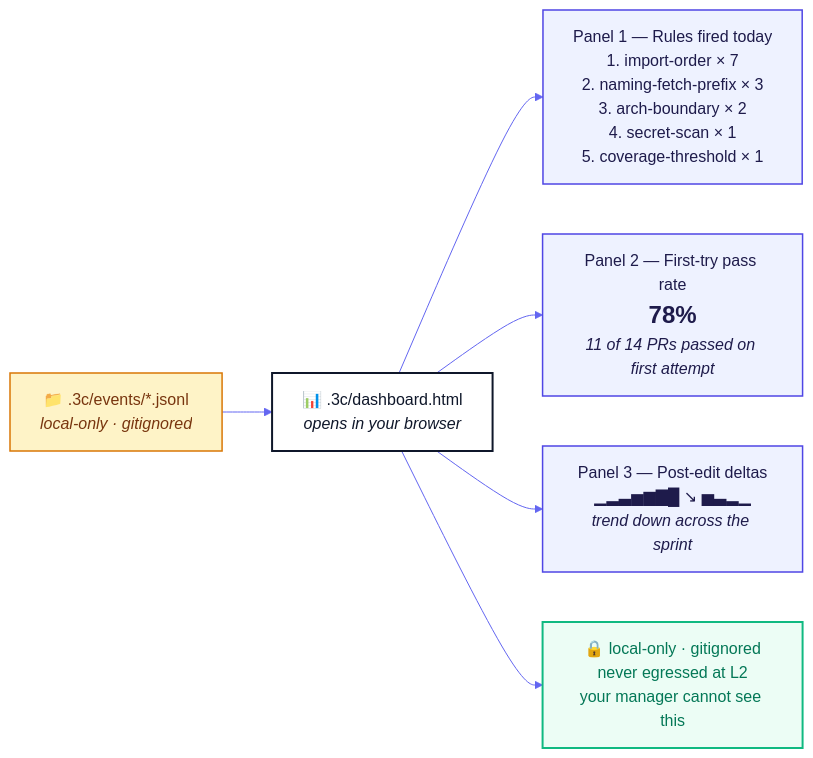
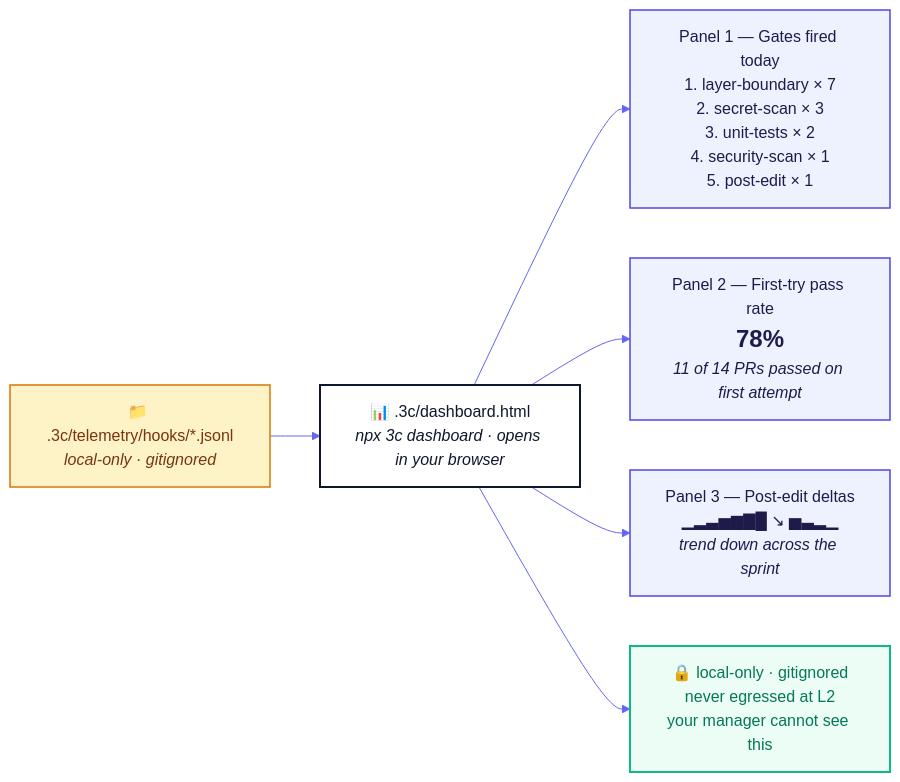
One commit to kgn-git/3C changed the diagram in infographic/diagrams/m-dashboard.mmd. Above: the diagram before and after it, drawn with Mermaid. The commit also changed 61 other files, not shown here.

```diff
--- a/infographic/diagrams/m-dashboard.mmd
+++ b/infographic/diagrams/m-dashboard.mmd
@@ -1,28 +1,28 @@
 %%{init: {'theme':'base','themeVariables':{'primaryColor':'#EEF2FF','primaryTextColor':'#1E1B4B','primaryBorderColor':'#4F46E5','lineColor':'#6366F1','fontFamily':'Inter, sans-serif','fontSize':'16px'}}}%%
 flowchart LR
-    SOURCE["📁 .3c/events/*.jsonl<br/><i>local-only · gitignored</i>"]
+    SOURCE["📁 .3c/telemetry/hooks/*.jsonl<br/><i>local-only · gitignored</i>"]
 
-    DASH["📊 .3c/dashboard.html<br/><i>opens in your browser</i>"]
+    DASH["📊 .3c/dashboard.html<br/><i>npx 3c dashboard · opens in your browser</i>"]
 
-    P1["Panel 1 — Rules fired today<br/>1. import-order × 7<br/>2. naming-fetch-prefix × 3<br/>3. arch-boundary × 2<br/>4. secret-scan × 1<br/>5. coverage-threshold × 1"]
+    P1["Panel 1 — Gates fired today<br/>1. layer-boundary × 7<br/>2. secret-scan × 3<br/>3. unit-tests × 2<br/>4. security-scan × 1<br/>5. post-edit × 1"]
 
     P2["Panel 2 — First-try pass rate<br/><b style='font-size:24px'>78%</b><br/><i>11 of 14 PRs passed on first attempt</i>"]
 
     P3["Panel 3 — Post-edit deltas<br/>▁▂▃▅▆▇█ ↘ ▅▃▂▁<br/><i>trend down across the sprint</i>"]
 
     PRIVACY["🔒 local-only · gitignored<br/>never egressed at L2<br/>your manager cannot see this"]
 
     SOURCE --> DASH
     DASH --> P1
     DASH --> P2
     DASH --> P3
     DASH --> PRIVACY
 
     classDef source fill:#FEF3C7,stroke:#D97706,color:#78350F,stroke-width:1.5px
     classDef panel fill:#EEF2FF,stroke:#4F46E5,color:#1E1B4B,stroke-width:1.5px
     classDef host fill:#fff,stroke:#0F172A,color:#0F172A,stroke-width:2px
     classDef privacy fill:#ECFDF5,stroke:#10B981,color:#047857,stroke-width:2px
     class SOURCE source
     class DASH host
     class P1,P2,P3 panel
     class PRIVACY privacy
```
